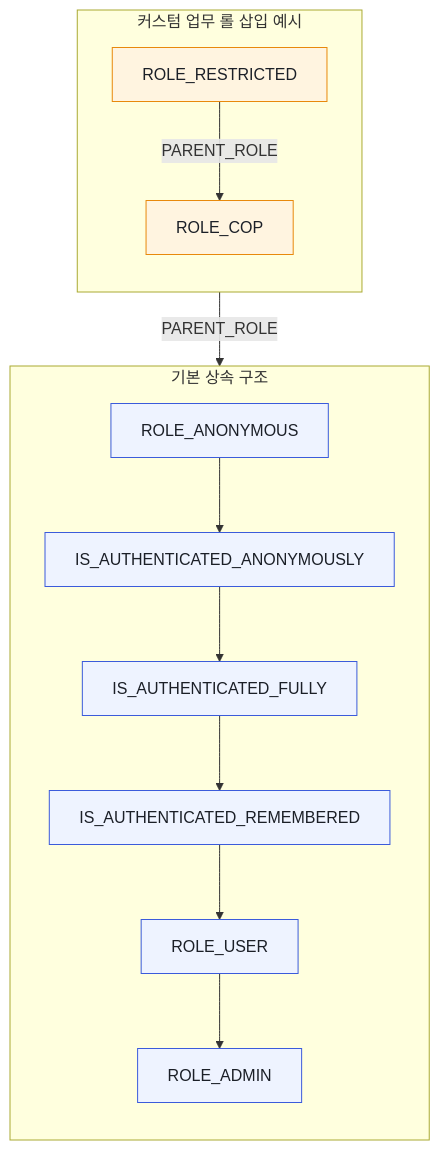
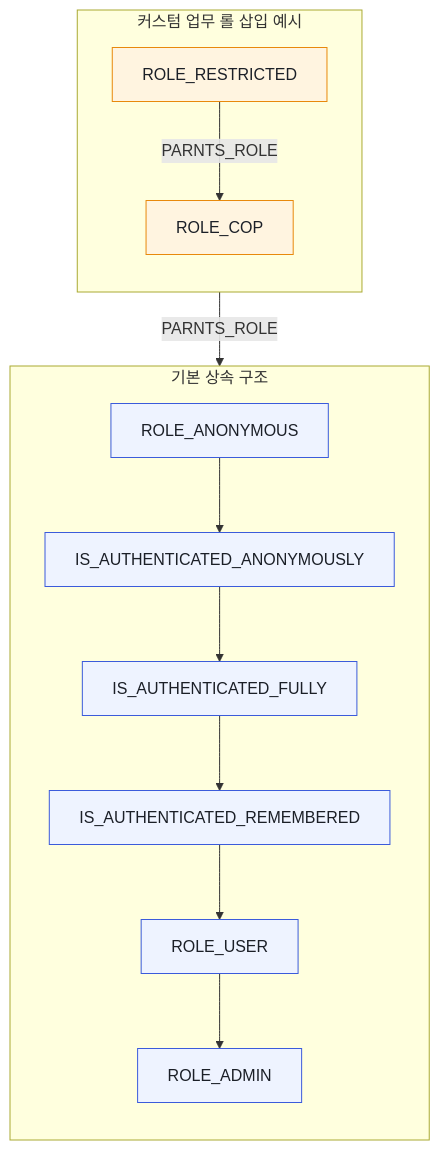
One commit to eGovFramework/egovframe-docs changed the diagram in common-component/security/authority-management.md. Above: the diagram before and after it, drawn with Mermaid. The commit also changed other lines of this file, not shown here.

````diff
--- a/common-component/security/authority-management.md
+++ b/common-component/security/authority-management.md
@@ -67,23 +67,23 @@
 ```mermaid
 flowchart TD
     subgraph BASE["기본 상속 구조"]
         direction TB
         A[ROLE_ANONYMOUS] --> B[IS_AUTHENTICATED_ANONYMOUSLY]
         B --> C[IS_AUTHENTICATED_FULLY]
         C --> D[IS_AUTHENTICATED_REMEMBERED]
         D --> E[ROLE_USER]
         E --> F[ROLE_ADMIN]
     end
 
     subgraph CUSTOM["커스텀 업무 롤 삽입 예시"]
         direction TB
-        R[ROLE_RESTRICTED] -->|PARENT_ROLE| G[ROLE_COP]
+        R[ROLE_RESTRICTED] -->|PARNTS_ROLE| G[ROLE_COP]
     end
 
-    G -->|PARENT_ROLE| F
+    G -->|PARNTS_ROLE| F
 
     classDef base fill:#eef3ff,stroke:#3b5bdb,color:#1b1f27,stroke-width:1px;
     classDef custom fill:#fff4e0,stroke:#e8890c,color:#1b1f27,stroke-width:1px;
     class A,B,C,D,E,F base;
     class R,G custom;
 ```
````
